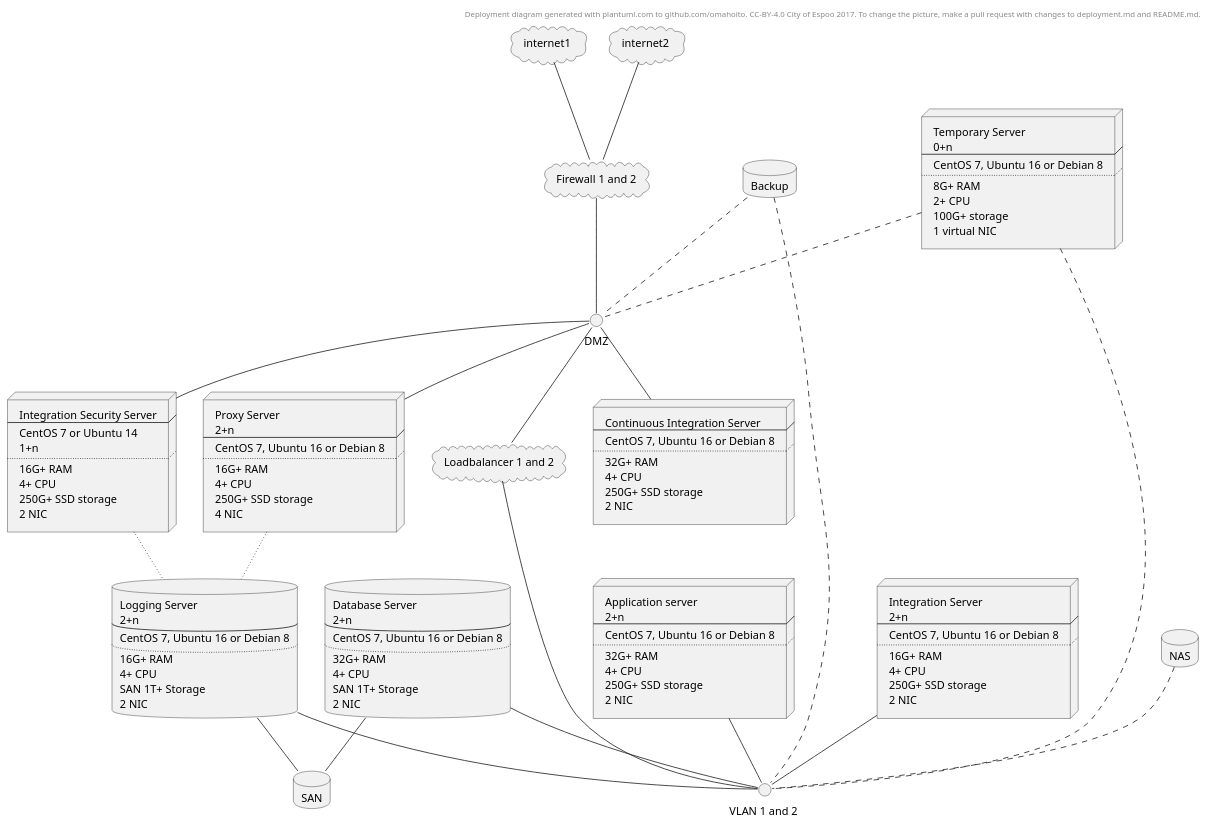
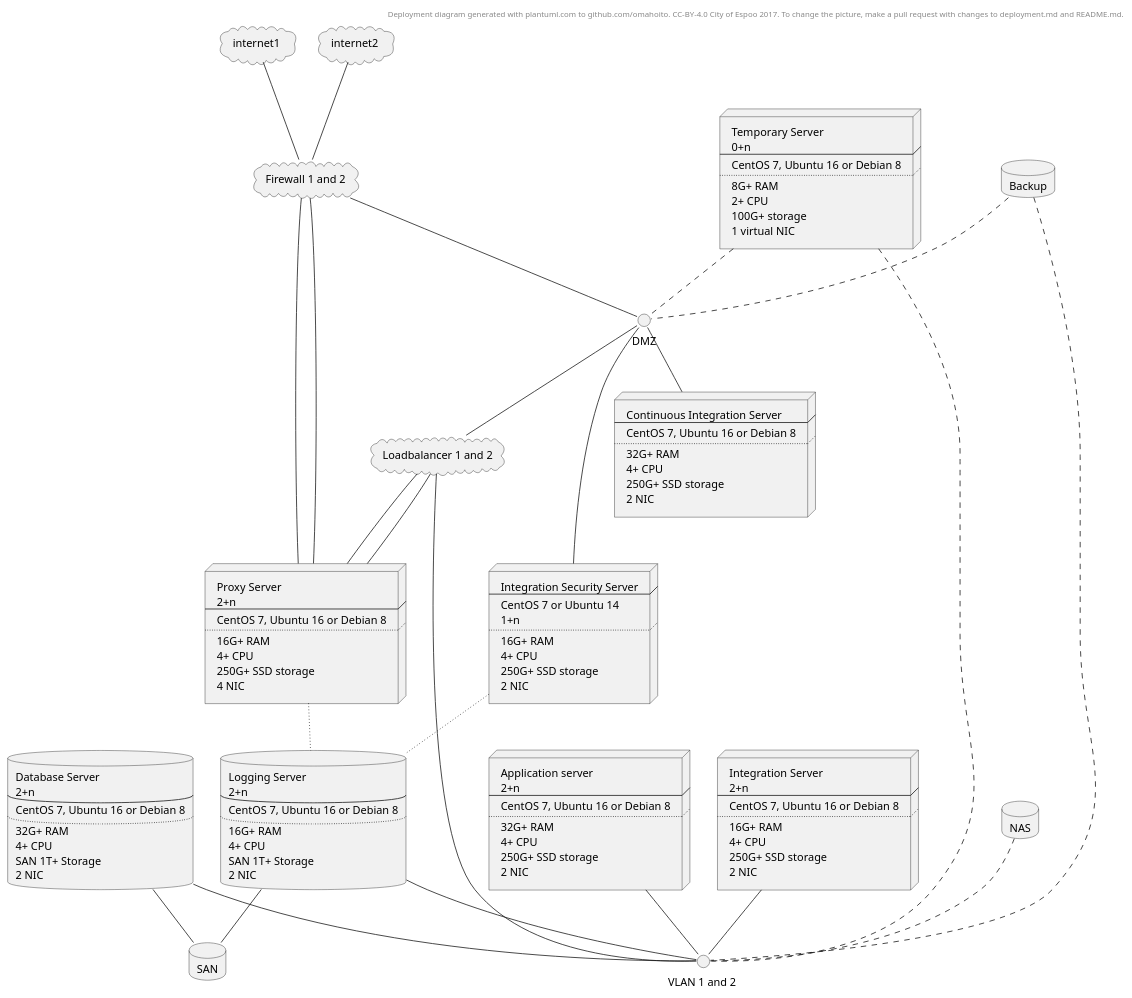
The diagram in deployment.md (ruoat/definitions), drawn with PlantUML before and after one commit.

```diff
--- a/deployment.md
+++ b/deployment.md
@@ -112,7 +112,10 @@
 DMZ -- loadbalancer1 
 
 DMZ -- nodeci
-DMZ -- nodeproxy
+firewall -- nodeproxy
+loadbalancer1 -- nodeproxy
+firewall -- nodeproxy
+loadbalancer1 -- nodeproxy
 DMZ -- nodeintegration1
 nodeintegration1 ~~ logging1
 nodeproxy ~~ logging1
```
